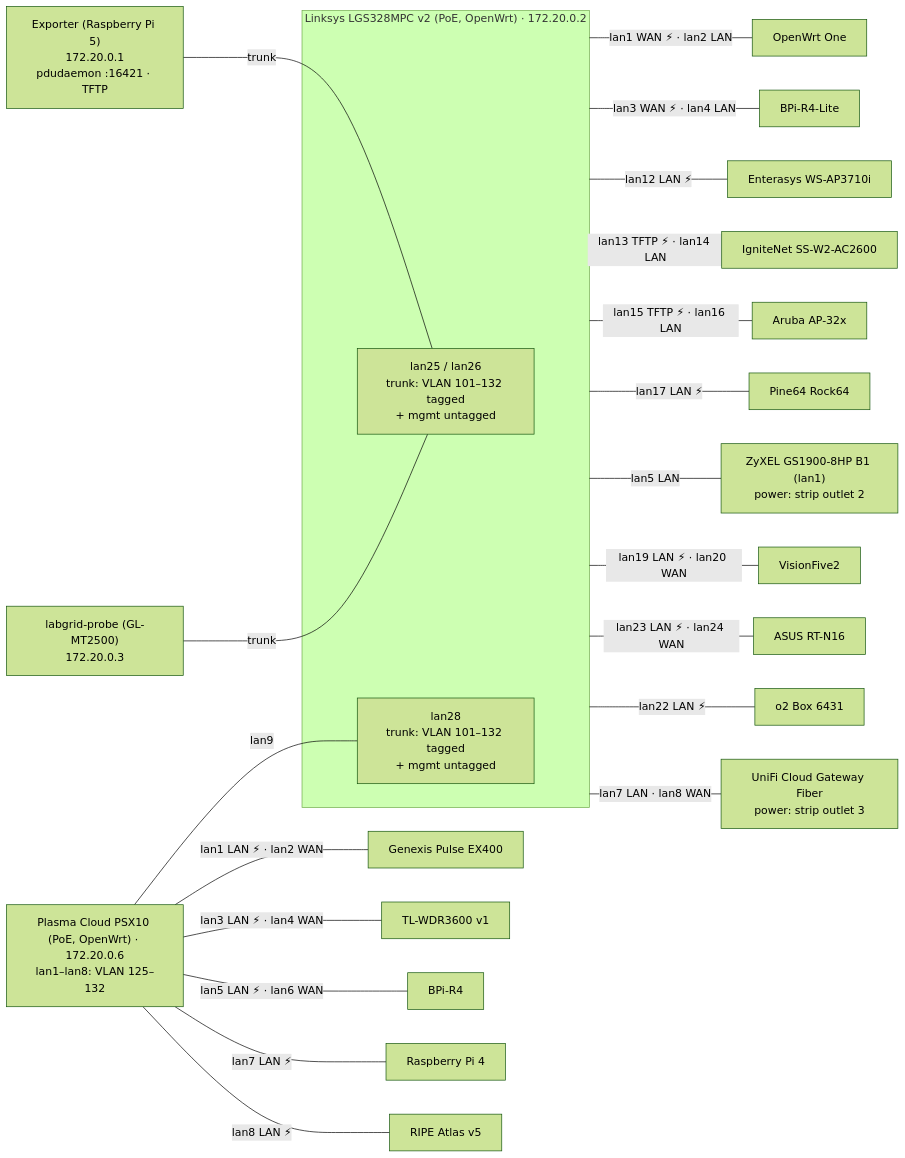
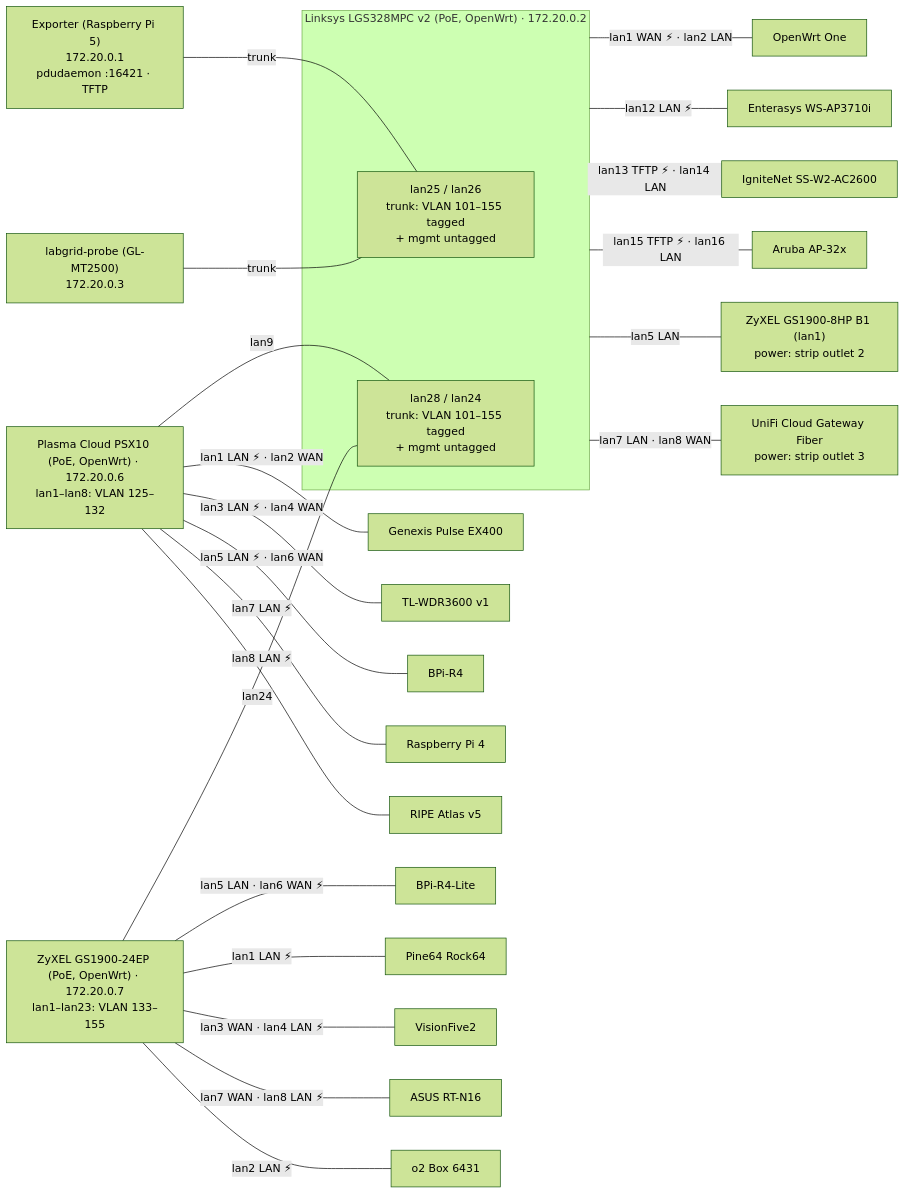
The first of 2 diagrams in labs/labgrid-aparcar/README.md (aparcar/openwrt-tests), drawn with Mermaid (forest theme) before and after one commit. The commit also changed other lines of this file and 3 other files, not shown here.

````diff
--- a/labs/labgrid-aparcar/README.md
+++ b/labs/labgrid-aparcar/README.md
@@ -136,32 +158,34 @@
 ```mermaid
 flowchart LR
   EXP["Exporter (Raspberry Pi 5)<br/>172.20.0.1<br/>pdudaemon :16421 · TFTP"]
   PROBE["labgrid-probe (GL-MT2500)<br/>172.20.0.3"]
   SW2["Plasma Cloud PSX10 (PoE, OpenWrt) · 172.20.0.6<br/>lan1–lan8: VLAN 125–132"]
+  SW3["ZyXEL GS1900-24EP (PoE, OpenWrt) · 172.20.0.7<br/>lan1–lan23: VLAN 133–155"]
 
   subgraph SW["Linksys LGS328MPC v2 (PoE, OpenWrt) · 172.20.0.2"]
-    T["lan25 / lan26<br/>trunk: VLAN 101–132 tagged<br/>+ mgmt untagged"]
-    U["lan28<br/>trunk: VLAN 101–132 tagged<br/>+ mgmt untagged"]
+    T["lan25 / lan26<br/>trunk: VLAN 101–155 tagged<br/>+ mgmt untagged"]
+    U["lan28 / lan24<br/>trunk: VLAN 101–155 tagged<br/>+ mgmt untagged"]
   end
 
   EXP ---|trunk| T
   PROBE ---|trunk| T
   SW2 ---|lan9| U
+  SW3 ---|lan24| U
 
   SW ---|"lan1 WAN ⚡ · lan2 LAN"| d1["OpenWrt One"]
-  SW ---|"lan3 WAN ⚡ · lan4 LAN"| d2["BPi-R4-Lite"]
+  SW3 ---|"lan5 LAN · lan6 WAN ⚡"| d2["BPi-R4-Lite"]
   SW2 ---|"lan1 LAN ⚡ · lan2 WAN"| d3["Genexis Pulse EX400"]
   SW2 ---|"lan3 LAN ⚡ · lan4 WAN"| d4["TL-WDR3600 v1"]
   SW2 ---|"lan5 LAN ⚡ · lan6 WAN"| d5["BPi-R4"]
   SW2 ---|"lan7 LAN ⚡"| d6["Raspberry Pi 4"]
   SW ---|"lan12 LAN ⚡"| d7["Enterasys WS-AP3710i"]
   SW ---|"lan13 TFTP ⚡ · lan14 LAN"| d8["IgniteNet SS-W2-AC2600"]
   SW ---|"lan15 TFTP ⚡ · lan16 LAN"| d9["Aruba AP-32x"]
-  SW ---|"lan17 LAN ⚡"| d10["Pine64 Rock64"]
+  SW3 ---|"lan1 LAN ⚡"| d10["Pine64 Rock64"]
   SW ---|"lan5 LAN"| d11["ZyXEL GS1900-8HP B1 (lan1)<br/>power: strip outlet 2"]
-  SW ---|"lan19 LAN ⚡ · lan20 WAN"| d12["VisionFive2"]
+  SW3 ---|"lan3 WAN · lan4 LAN ⚡"| d12["VisionFive2"]
   SW2 ---|"lan8 LAN ⚡"| d13["RIPE Atlas v5"]
-  SW ---|"lan23 LAN ⚡ · lan24 WAN"| d14["ASUS RT-N16"]
-  SW ---|"lan22 LAN ⚡"| d15["o2 Box 6431"]
+  SW3 ---|"lan7 WAN · lan8 LAN ⚡"| d14["ASUS RT-N16"]
+  SW3 ---|"lan2 LAN ⚡"| d15["o2 Box 6431"]
   SW ---|"lan7 LAN · lan8 WAN"| d16["UniFi Cloud Gateway Fiber<br/>power: strip outlet 3"]
 ```
````
